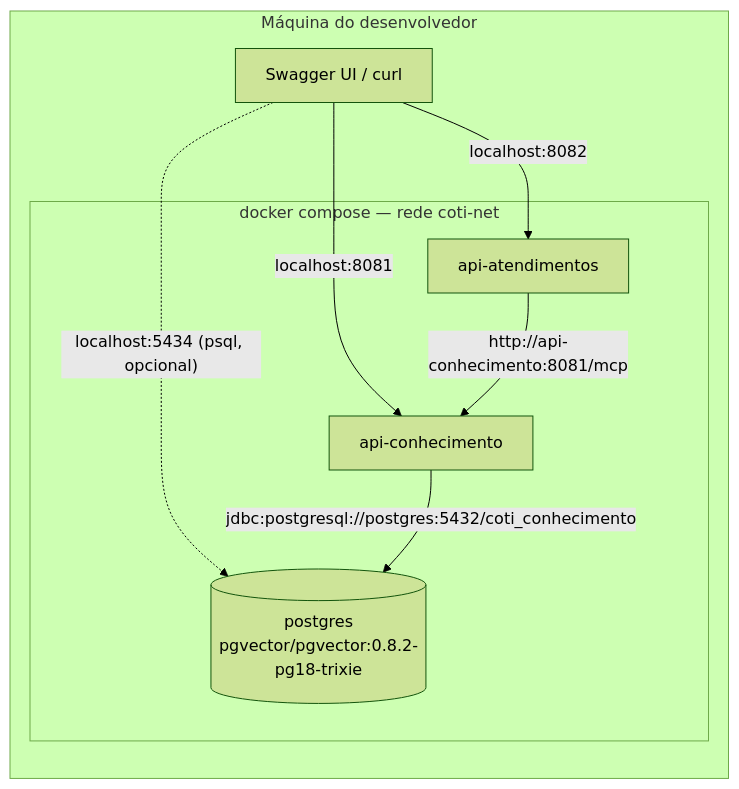
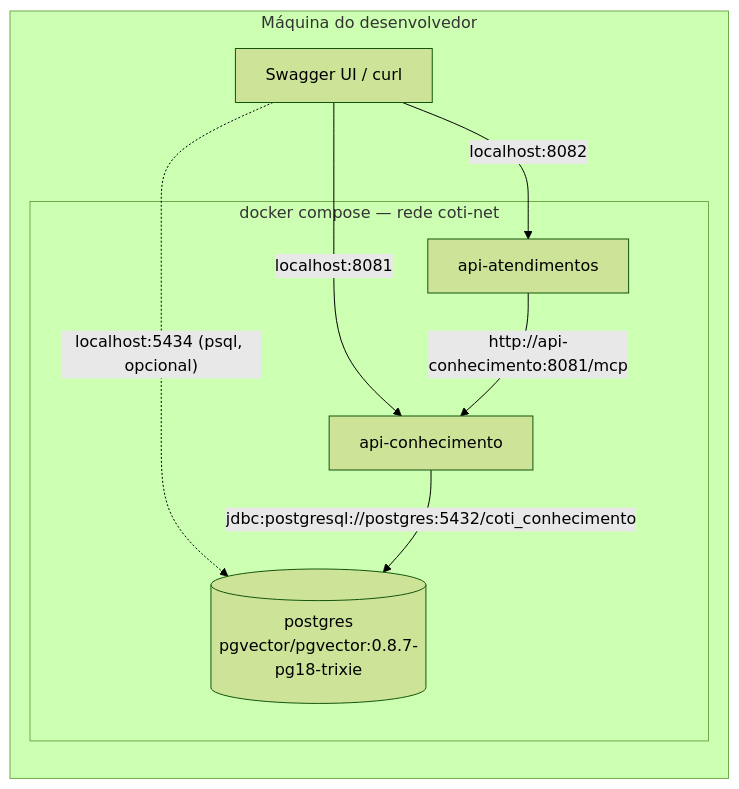
One commit to marcusrdrigues/coti-ai-atendimento changed the third of 7 diagrams in specs/03-architecture.md. Above: the diagram before and after it, drawn with Mermaid (forest theme). The commit also changed other lines of this file and 82 other files, not shown here.

````diff
--- a/specs/03-architecture.md
+++ b/specs/03-architecture.md
@@ -210,16 +210,16 @@
 ```mermaid
 flowchart LR
     subgraph host[Máquina do desenvolvedor]
         browser[Swagger UI / curl]
         subgraph compose[docker compose — rede coti-net]
-            pgc[(postgres<br/>pgvector/pgvector:0.8.2-pg18-trixie)]
+            pgc[(postgres<br/>pgvector/pgvector:0.8.7-pg18-trixie)]
             kc[api-conhecimento]
             ac[api-atendimentos]
         end
     end
     browser -- "localhost:8081" --> kc
     browser -- "localhost:8082" --> ac
     browser -. "localhost:5434 (psql, opcional)" .-> pgc
     ac -- "http://api-conhecimento:8081/mcp" --> kc
     kc -- "jdbc:postgresql://postgres:5432/coti_conhecimento" --> pgc
 ```
````
